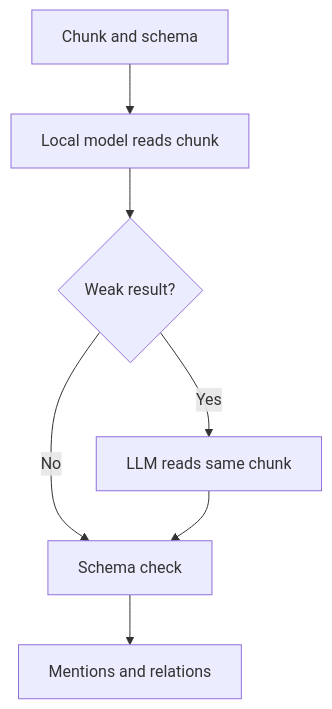
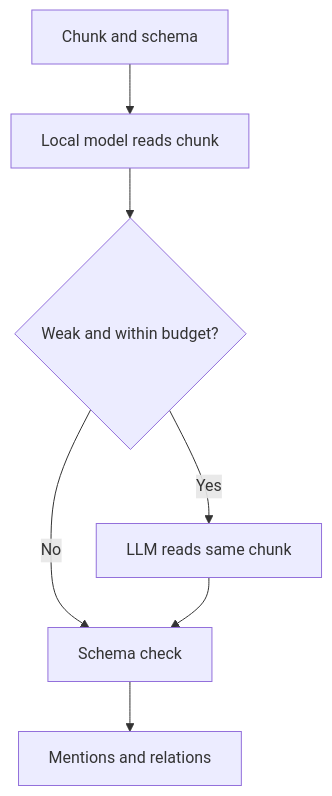
One commit to ontogr/agentic-graphrag changed the diagram in docs/docs/concepts/extraction.mdx. Above: the diagram before and after it, drawn with Mermaid. The commit also changed other lines of this file and 27 other files, not shown here.

Commit message:
feat: Escalate weak chunks to the LLM within a budget

````diff
--- a/docs/docs/concepts/extraction.mdx
+++ b/docs/docs/concepts/extraction.mdx
@@ -21,9 +21,9 @@
 ```mermaid
 flowchart TD
     A[Chunk and schema] --> B[Local model reads chunk]
-    B --> C{Weak result?}
+    B --> C{Weak and within budget?}
     C -- No --> E[Schema check]
     C -- Yes --> D[LLM reads same chunk]
     D --> E
     E --> F[Mentions and relations]
 ```
````
